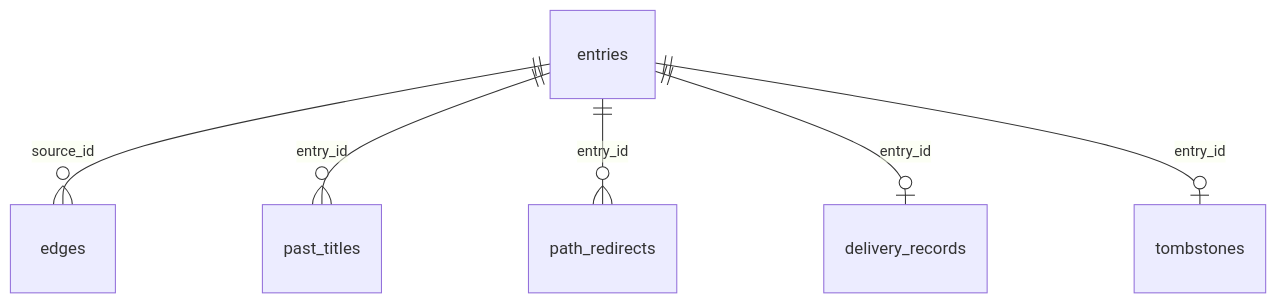
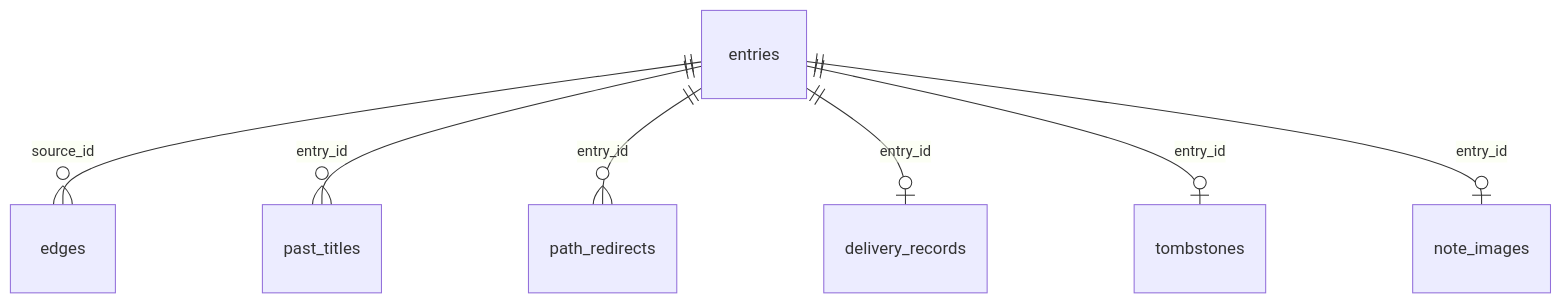
The fourth of 4 diagrams in docs/products/weblog/features/owner-writing/design.ja.md (yamanoku/weblog), drawn with Mermaid before and after one commit. The commit also changed other lines of this file and 45 other files, not shown here.

````diff
--- a/docs/products/weblog/features/owner-writing/design.ja.md
+++ b/docs/products/weblog/features/owner-writing/design.ja.md
@@ -121,8 +122,9 @@
 ```mermaid
 erDiagram
   entries ||--o{ edges : "source_id"
   entries ||--o{ past_titles : "entry_id"
   entries ||--o{ path_redirects : "entry_id"
   entries ||--o| delivery_records : "entry_id"
   entries ||--o| tombstones : "entry_id"
+  entries ||--o| note_images : "entry_id"
 ```
````
